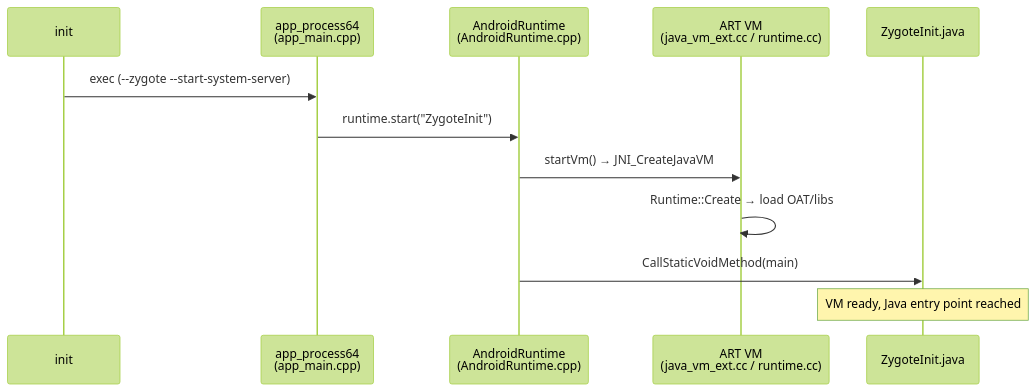
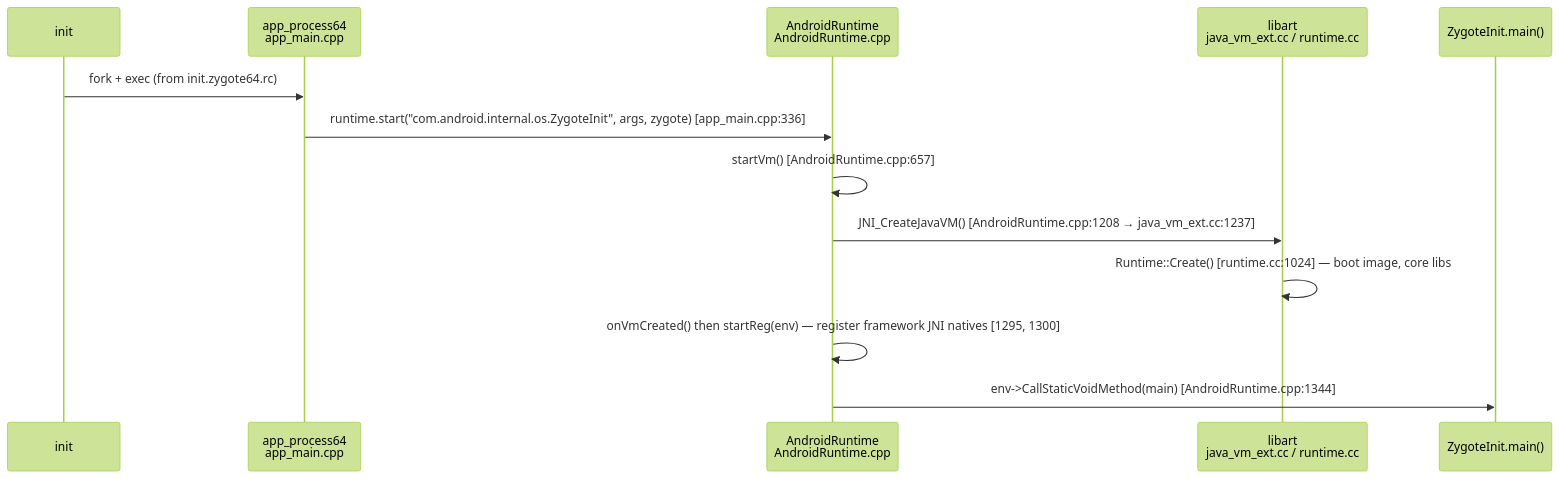
Before and after one commit to anaskhamees/Android-Automotive: the ninth of 12 diagrams in 07.AndroidBootingSequence/README.md, drawn with Mermaid (forest theme). The commit also changed other lines of this file and 12 other files, not shown here.

````diff
--- a/07.AndroidBootingSequence/README.md
+++ b/07.AndroidBootingSequence/README.md
@@ -473,14 +1392,15 @@
 ```mermaid
 sequenceDiagram
-    participant init as init
-    participant AP as app_process64<br/>(app_main.cpp)
-    participant AR as AndroidRuntime<br/>(AndroidRuntime.cpp)
-    participant ART as ART VM<br/>(java_vm_ext.cc / runtime.cc)
-    participant ZI as ZygoteInit.java
-    init->>AP: exec (--zygote --start-system-server)
-    AP->>AR: runtime.start("ZygoteInit")
-    AR->>ART: startVm() → JNI_CreateJavaVM
-    ART->>ART: Runtime::Create → load OAT/libs
-    AR->>ZI: CallStaticVoidMethod(main)
-    Note over ZI: VM ready, Java entry point reached
+    participant init
+    participant AP as app_process64<br/>app_main.cpp
+    participant AR as AndroidRuntime<br/>AndroidRuntime.cpp
+    participant ART as libart<br/>java_vm_ext.cc / runtime.cc
+    participant ZI as ZygoteInit.main()
+    init->>AP: fork + exec (from init.zygote64.rc)
+    AP->>AR: runtime.start("com.android.internal.os.ZygoteInit", args, zygote)  [app_main.cpp:336]
+    AR->>AR: startVm()  [AndroidRuntime.cpp:657]
+    AR->>ART: JNI_CreateJavaVM()  [AndroidRuntime.cpp:1208 → java_vm_ext.cc:1237]
+    ART->>ART: Runtime::Create()  [runtime.cc:1024] — boot image, core libs
+    AR->>AR: onVmCreated() then startReg(env) — register framework JNI natives  [1295, 1300]
+    AR->>ZI: env->CallStaticVoidMethod(main)  [AndroidRuntime.cpp:1344]
 ```
````
